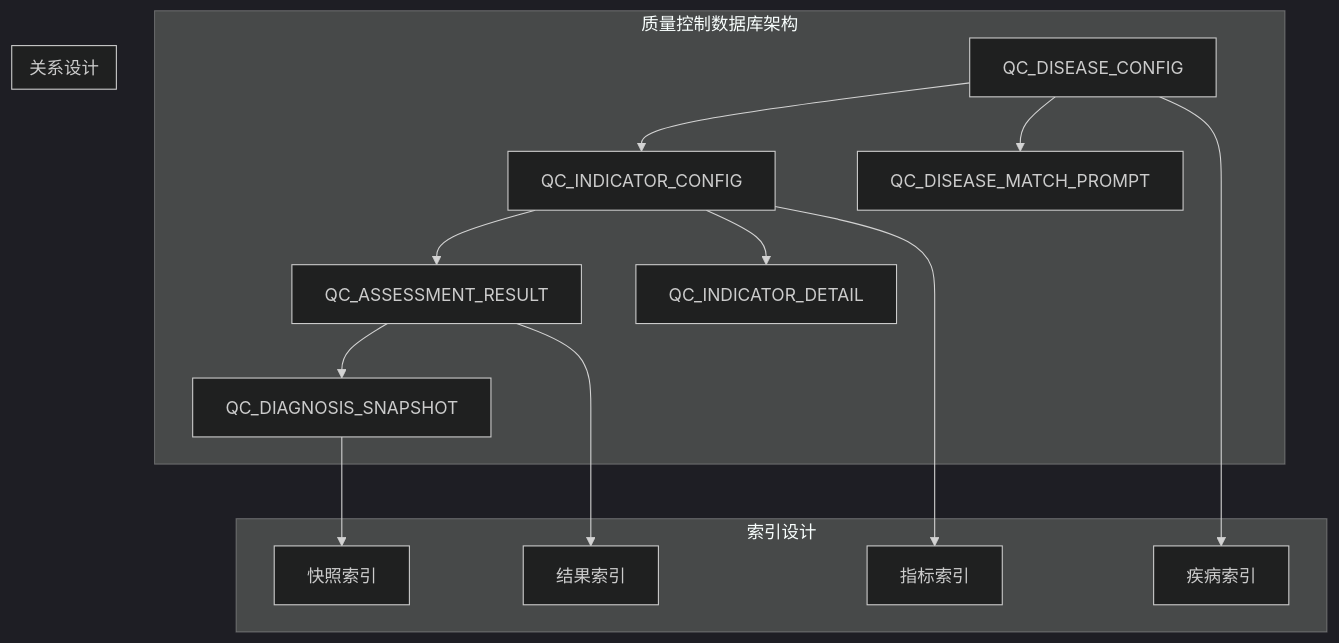
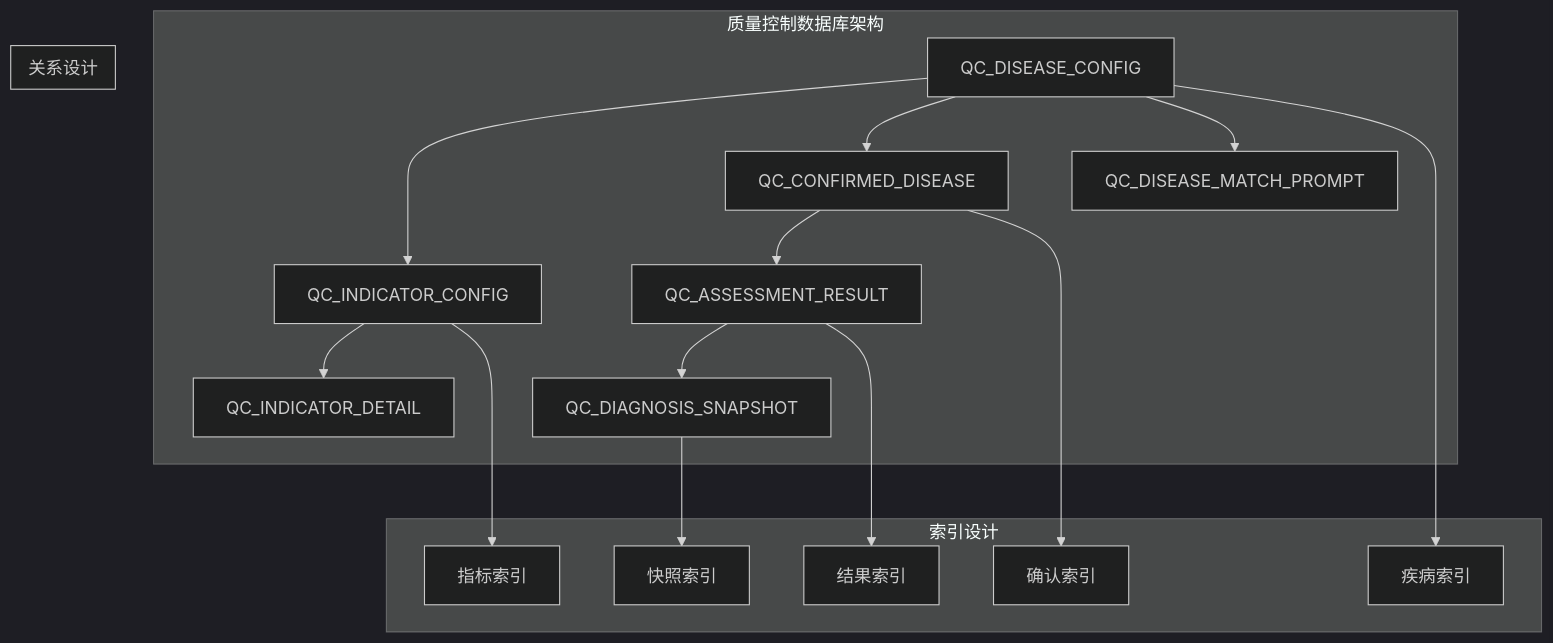
Before and after one commit to liuzh2008/med_ai_assistant_workspace: diagram 16 of 18 in .qoder/repowiki/zh/content/Update Summary/Update Summary.md, drawn with Mermaid (dark theme). The commit also changed other lines of this file and 5 other files, not shown here.

````diff
--- a/.qoder/repowiki/zh/content/Update Summary/Update Summary.md
+++ b/.qoder/repowiki/zh/content/Update Summary/Update Summary.md
@@ -1155,28 +1391,32 @@
 ```mermaid
 graph TB
 subgraph "质量控制数据库架构"
 DiseaseConfig[QC_DISEASE_CONFIG]
+DiseaseConfirm[QC_CONFIRMED_DISEASE]
 IndicatorConfig[QC_INDICATOR_CONFIG]
 IndicatorDetail[QC_INDICATOR_DETAIL]
 AssessmentResult[QC_ASSESSMENT_RESULT]
 DiagnosisSnapshot[QC_DIAGNOSIS_SNAPSHOT]
 DiseaseMatchPrompt[QC_DISEASE_MATCH_PROMPT]
 end
 subgraph "关系设计"
 DiseaseConfig --> IndicatorConfig
-IndicatorConfig --> AssessmentResult
+DiseaseConfig --> DiseaseConfirm
+DiseaseConfirm --> AssessmentResult
 AssessmentResult --> DiagnosisSnapshot
 DiseaseConfig --> DiseaseMatchPrompt
 IndicatorConfig --> IndicatorDetail
 end
 subgraph "索引设计"
 DiseaseIndex[疾病索引]
+ConfirmIndex[确认索引]
 IndicatorIndex[指标索引]
 ResultIndex[结果索引]
 SnapshotIndex[快照索引]
 end
 DiseaseConfig --> DiseaseIndex
+DiseaseConfirm --> ConfirmIndex
 IndicatorConfig --> IndicatorIndex
 AssessmentResult --> ResultIndex
 DiagnosisSnapshot --> SnapshotIndex
 ```
````
